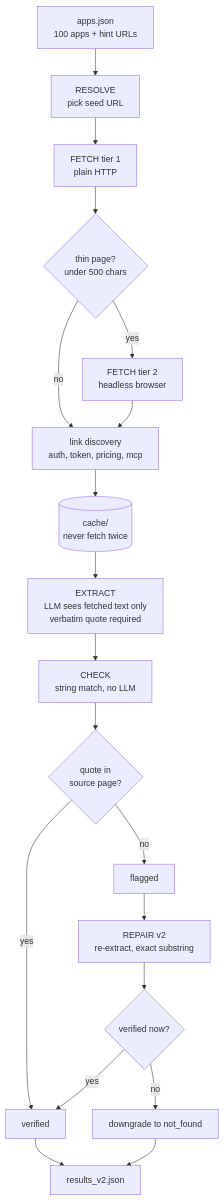
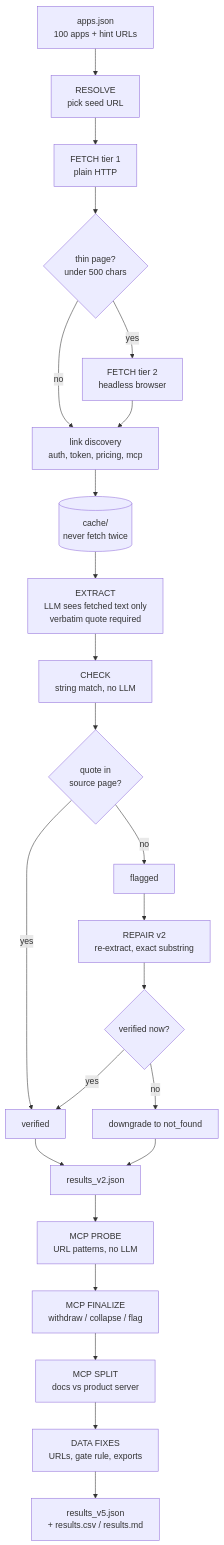
Before and after one commit to Anusha-2817/composio-app-research: the diagram in README.md, drawn with Mermaid. The commit also changed other lines of this file and 2 other files, not shown here.

````diff
--- a/README.md
+++ b/README.md
@@ -36,21 +40,26 @@
 ```mermaid
 flowchart TD
     A[apps.json<br/>100 apps + hint URLs] --> B[RESOLVE<br/>pick seed URL]
     B --> C[FETCH tier 1<br/>plain HTTP]
     C --> D{thin page?<br/>under 500 chars}
     D -->|yes| E[FETCH tier 2<br/>headless browser]
     D -->|no| F[link discovery<br/>auth, token, pricing, mcp]
     E --> F
     F --> G[(cache/<br/>never fetch twice)]
     G --> H[EXTRACT<br/>LLM sees fetched text only<br/>verbatim quote required]
     H --> I[CHECK<br/>string match, no LLM]
     I --> J{quote in<br/>source page?}
     J -->|yes| K[verified]
     J -->|no| L[flagged]
     L --> M[REPAIR v2<br/>re-extract, exact substring]
     M --> N{verified now?}
     N -->|yes| K
     N -->|no| O[downgrade to not_found]
     K --> P[results_v2.json]
     O --> P
+    P --> Q[MCP PROBE<br/>URL patterns, no LLM]
+    Q --> R[MCP FINALIZE<br/>withdraw / collapse / flag]
+    R --> S[MCP SPLIT<br/>docs vs product server]
+    S --> T[DATA FIXES<br/>URLs, gate rule, exports]
+    T --> U[results_v5.json<br/>+ results.csv / results.md]
 ```
````
